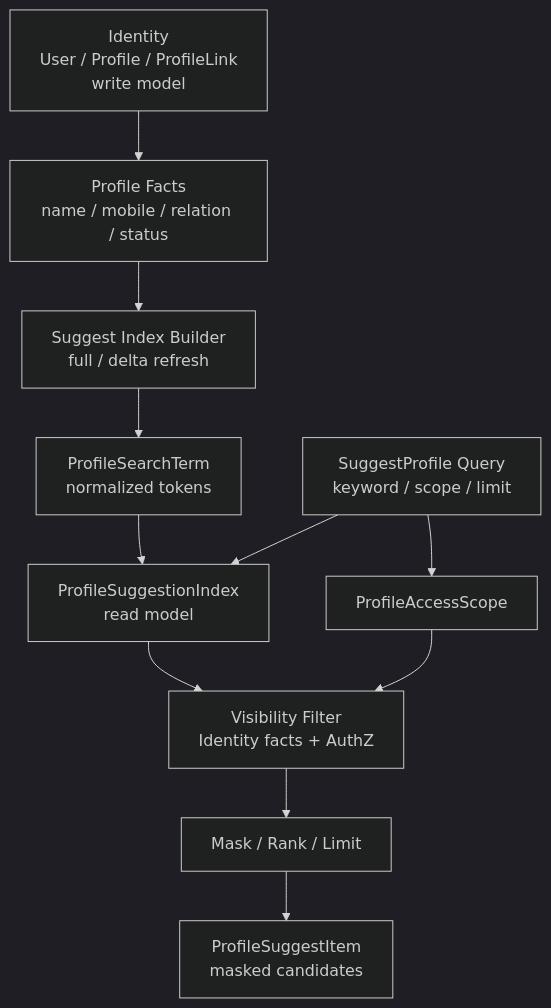
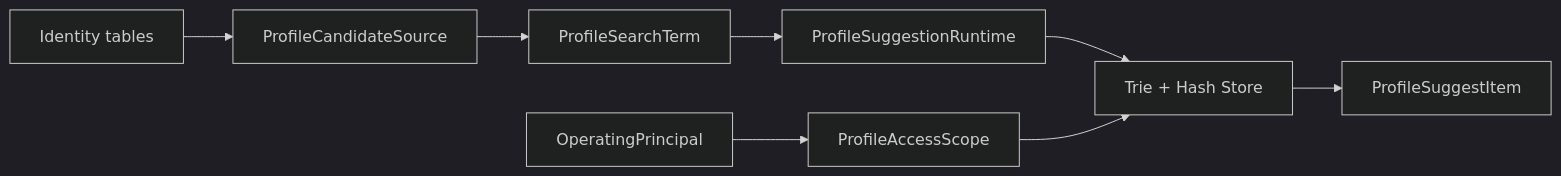
One commit to FangcunMount/iam changed the diagram in docs/05-专题设计/06-Suggest为什么是读模型.md. Above: the diagram before and after it, drawn with Mermaid (dark theme). The commit also changed other lines of this file and 15 other files, not shown here.

Commit message:
doc 更新 Suggest 模块文档，调整部分内容以增强可读性和一致性；修改了 apiserver.prod.yaml 中的注释，明确 Delta 支持的功能；重命名 Suggest 领域模型文档，删除冗余文件，补充模型与应用端口的描述，增强文档结构和逻辑性。

````diff
--- a/docs/05-专题设计/06-Suggest为什么是读模型.md
+++ b/docs/05-专题设计/06-Suggest为什么是读模型.md
@@ -76,24 +32,10 @@
 ```mermaid
-flowchart TD
-    Identity["Identity\nUser / Profile / ProfileLink\nwrite model"]
-    Facts["Profile Facts\nname / mobile / relation / status"]
-    Builder["Suggest Index Builder\nfull / delta refresh"]
-    Terms["ProfileSearchTerm\nnormalized tokens"]
-    Snapshot["ProfileSuggestionIndex\nread model"]
-    Query["SuggestProfile Query\nkeyword / scope / limit"]
-    Scope["ProfileAccessScope"]
-    Visibility["Visibility Filter\nIdentity facts + AuthZ"]
-    Mask["Mask / Rank / Limit"]
-    Result["ProfileSuggestItem\nmasked candidates"]
-
-    Identity --> Facts
-    Facts --> Builder
-    Builder --> Terms
-    Terms --> Snapshot
-    Query --> Snapshot
-    Query --> Scope
-    Snapshot --> Visibility
-    Scope --> Visibility
-    Visibility --> Mask
-    Mask --> Result
+flowchart LR
+    Identity["Identity tables"] --> Loader["ProfileCandidateSource"]
+    Loader --> Term["ProfileSearchTerm"]
+    Term --> Runtime["ProfileSuggestionRuntime"]
+    Runtime --> Index["Trie + Hash Store"]
+    Principal["OperatingPrincipal"] --> Scope["ProfileAccessScope"]
+    Scope --> Index
+    Index --> Item["ProfileSuggestItem"]
 ```
````
